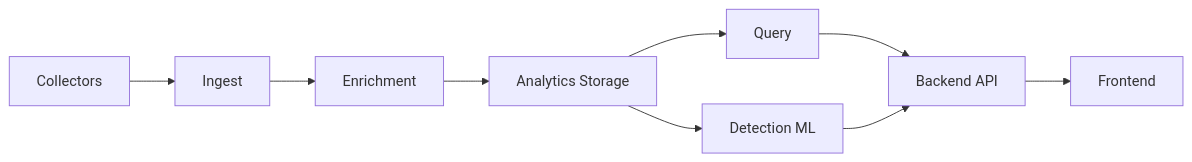
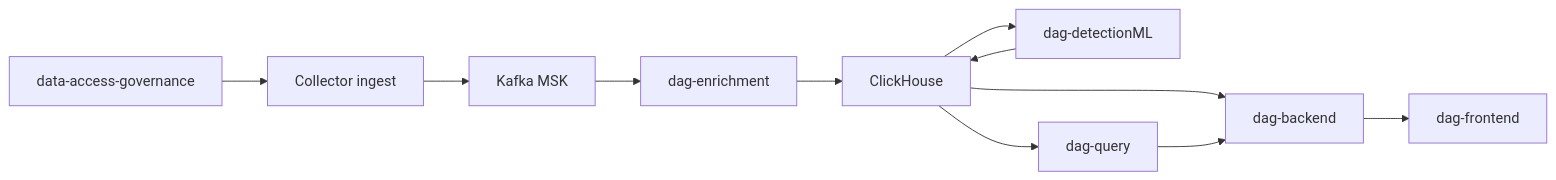
Before and after one commit to hilt-ai/docs: the diagram in dev/architecture.mdx, drawn with Mermaid. The commit also changed other lines of this file and 12 other files, not shown here.

````diff
--- a/dev/architecture.mdx
+++ b/dev/architecture.mdx
@@ -10,11 +8,13 @@
 ```mermaid
 flowchart LR
-  Collectors[Collectors] --> Ingest[Ingest]
-  Ingest --> Enrichment[Enrichment]
-  Enrichment --> Storage[Analytics Storage]
-  Storage --> Detection[Detection ML]
-  Storage --> Query[Query]
-  Backend[Backend API] --> Frontend[Frontend]
+  Agent[data-access-governance] --> Ingest[Collector ingest]
+  Ingest --> Kafka[Kafka MSK]
+  Kafka --> Enrichment[dag-enrichment]
+  Enrichment --> Storage[ClickHouse]
+  Storage --> Detection[dag-detectionML]
+  Storage --> Backend[dag-backend]
+  Storage --> Query[dag-query]
+  Backend --> Frontend[dag-frontend]
   Query --> Backend
-  Detection --> Backend
+  Detection --> Storage
 ```
````
